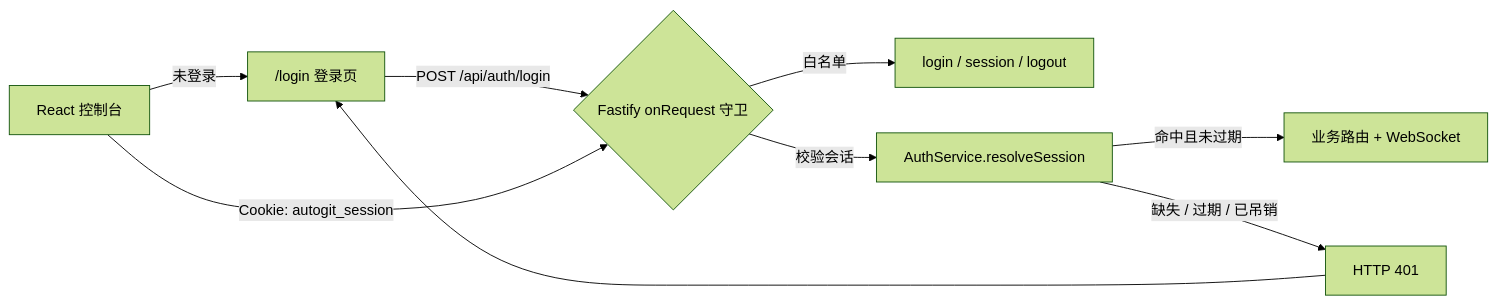
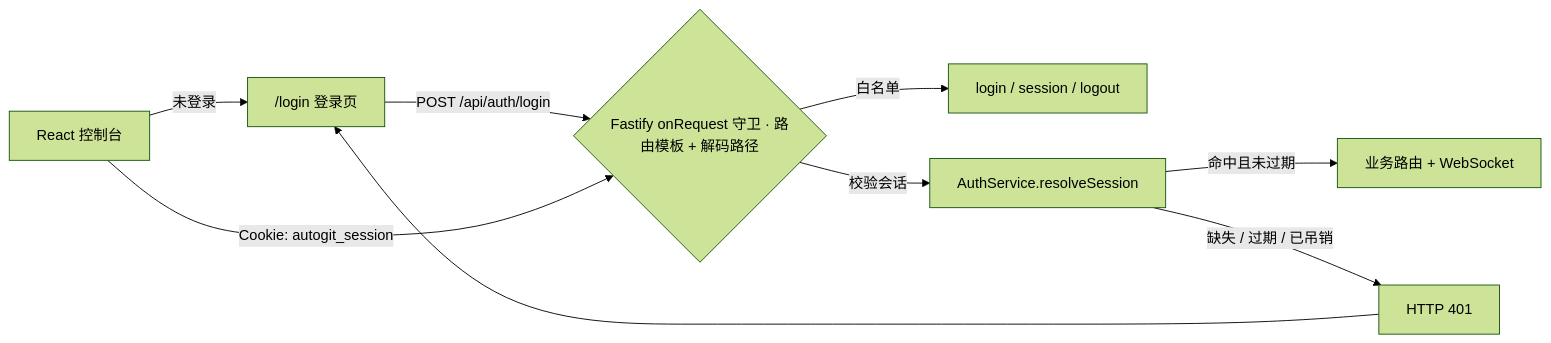
One commit to yourmoln/autogit changed the second of 3 diagrams in docs/ARCHITECTURE.md. Above: the diagram before and after it, drawn with Mermaid (forest theme). The commit also changed other lines of this file and 14 other files, not shown here.

````diff
--- a/docs/ARCHITECTURE.md
+++ b/docs/ARCHITECTURE.md
@@ -60,11 +60,11 @@
 ```mermaid
 flowchart LR
     UI[React 控制台] -->|未登录| LOGIN["/login 登录页"]
     LOGIN -->|POST /api/auth/login| GUARD
-    UI -->|"Cookie: autogit_session"| GUARD{Fastify onRequest 守卫}
+    UI -->|"Cookie: autogit_session"| GUARD{"Fastify onRequest 守卫 · 路由模板 + 解码路径"}
     GUARD -->|白名单| PUBLIC[login / session / logout]
     GUARD -->|校验会话| AUTH[AuthService.resolveSession]
     AUTH -->|命中且未过期| ROUTE[业务路由 + WebSocket]
     AUTH -->|缺失 / 过期 / 已吊销| E401[HTTP 401]
     E401 --> LOGIN
 ```
````
